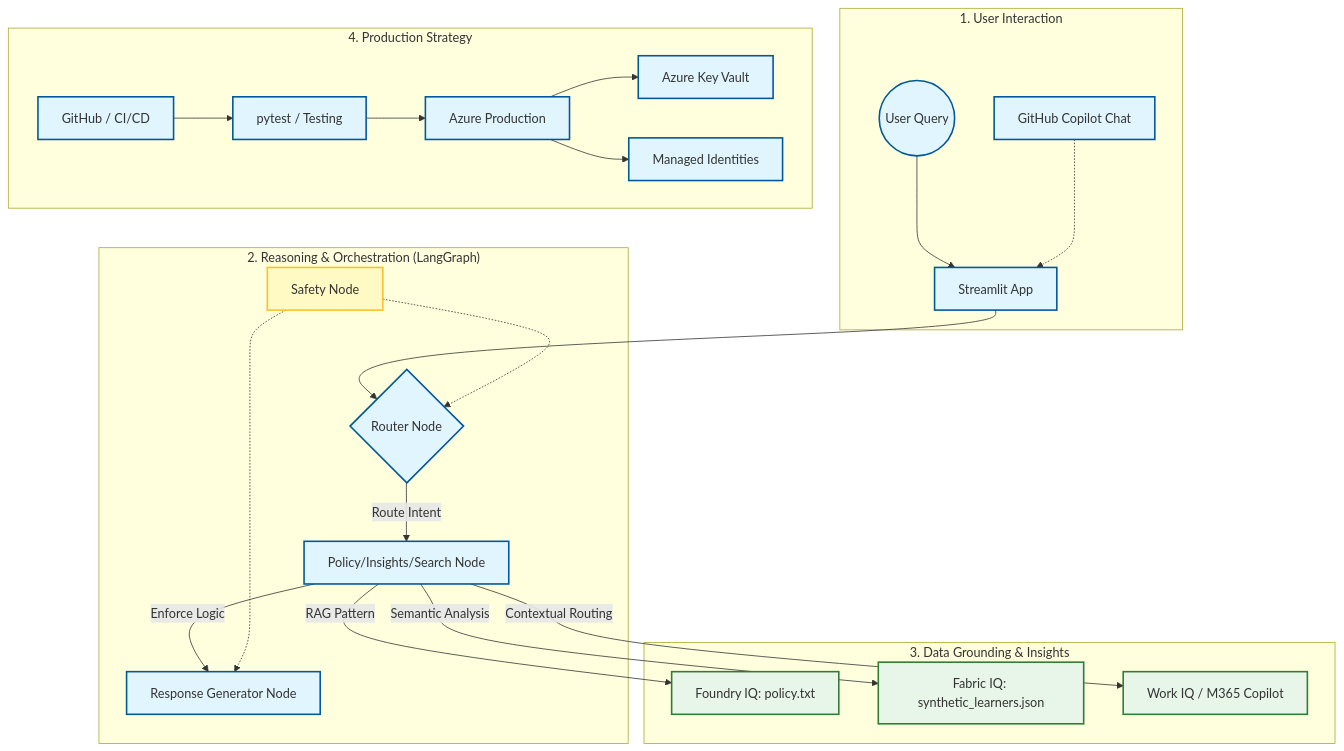
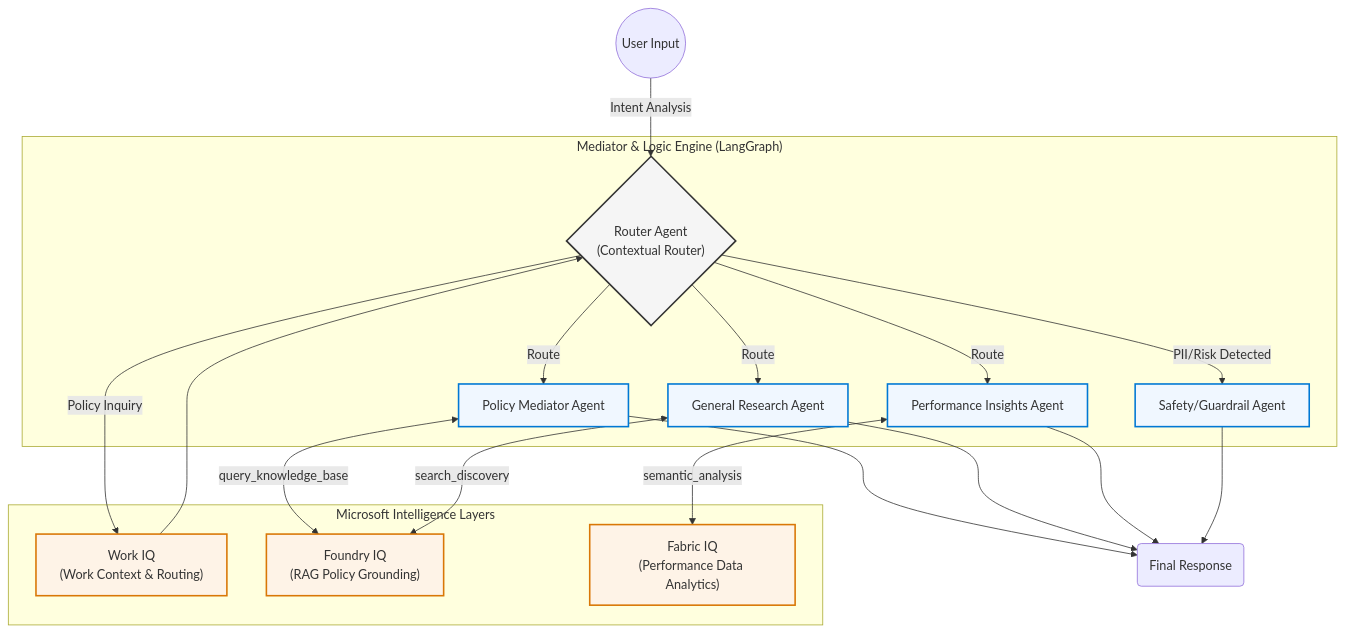
The first of 2 diagrams in docs/architecture.md (SaiKarthikeya1706/agents-league-mediator), drawn with Mermaid before and after one commit.

Commit message:
architecture diagram update

````diff
--- a/docs/architecture.md
+++ b/docs/architecture.md
@@ -6,41 +6,50 @@
 ```mermaid
 graph TD
-    %% User Interaction
-    subgraph UI ["1. User Interaction"]
-        User((User Query)) --> Streamlit[Streamlit App]
-        GitHub[GitHub Copilot Chat] -.-> Streamlit
+    %% Nodes representing Agents and Logic Nodes
+    subgraph Orchestration ["Mediator & Logic Engine (LangGraph)"]
+        RouterNode{"Router Agent<br/>(Contextual Router)"}
+        PolicyAgent["Policy Mediator Agent"]
+        LogicAgent["General Research Agent"]
+        InsightsAgent["Performance Insights Agent"]
+        SafetyAgent["Safety/Guardrail Agent"]
     end
 
-    %% Reasoning Engine
-    subgraph Reasoning ["2. Reasoning & Orchestration (LangGraph)"]
-        Streamlit --> Router{Router Node}
-        Router --> |Route Intent| Policy[Policy/Insights/Search Node]
-        Policy --> |Enforce Logic| Response[Response Generator Node]
-        Safety[Safety Node] -.-> Router
-        Safety -.-> Response
+    %% Integration with Microsoft IQ Layers
+    subgraph IQ_Layers ["Microsoft Intelligence Layers"]
+        WorkIQ["Work IQ<br/>(Work Context & Routing)"]
+        FoundryIQ["Foundry IQ<br/>(RAG Policy Grounding)"]
+        FabricIQ["Fabric IQ<br/>(Performance Data Analytics)"]
     end
 
-    %% IQ Layers
-    subgraph IQ ["3. Data Grounding & Insights"]
-        Policy --> |RAG Pattern| FIQ[Foundry IQ: policy.txt]
-        Policy --> |Semantic Analysis| FabIQ[Fabric IQ: synthetic_learners.json]
-        Policy --> |Contextual Routing| WIQ[Work IQ / M365 Copilot]
-    end
+    %% User Flow
+    User((User Input)) -->|Intent Analysis| RouterNode
+    
+    %% Routing Logic with IQ Mappings
+    RouterNode -->|PII/Risk Detected| SafetyAgent
+    RouterNode -->|Policy Inquiry| WorkIQ
+    WorkIQ --> RouterNode
+    
+    RouterNode -->|Route| PolicyAgent
+    PolicyAgent <-->|query_knowledge_base| FoundryIQ
+    
+    RouterNode -->|Route| LogicAgent
+    LogicAgent <-->|search_discovery| FoundryIQ
+    
+    RouterNode -->|Route| InsightsAgent
+    InsightsAgent <-->|semantic_analysis| FabricIQ
 
-    %% Production/Dev
-    subgraph Dev ["4. Production Strategy"]
-        GitHubCode[GitHub / CI/CD] --> pytest[pytest / Testing]
-        pytest --> Deploy[Azure Production]
-        Deploy --> AKV[Azure Key Vault]
-        Deploy --> MI[Managed Identities]
-    end
+    %% End Path
+    PolicyAgent --> Final(Final Response)
+    LogicAgent --> Final
+    InsightsAgent --> Final
+    SafetyAgent --> Final
 
-    %% Stylings
-    classDef node fill:#e1f5fe,stroke:#01579b,stroke-width:2px;
-    classDef iq fill:#e8f5e9,stroke:#2e7d32,stroke-width:2px;
-    classDef safety fill:#fff9c4,stroke:#fbc02d,stroke-width:2px;
+    %% Styling for sophistication
+    classDef agent fill:#f0f7ff,stroke:#0078d4,stroke-width:2px;
+    classDef iq fill:#fef3e7,stroke:#d97706,stroke-width:2px;
+    classDef route fill:#f5f5f5,stroke:#333,stroke-width:2px;
     
-    class Router,Policy,Response node;
-    class FIQ,FabIQ,WIQ iq;
-    class Safety safety;
+    class PolicyAgent,LogicAgent,InsightsAgent,SafetyAgent agent;
+    class WorkIQ,FoundryIQ,FabricIQ iq;
+    class RouterNode route;
 ```
````
